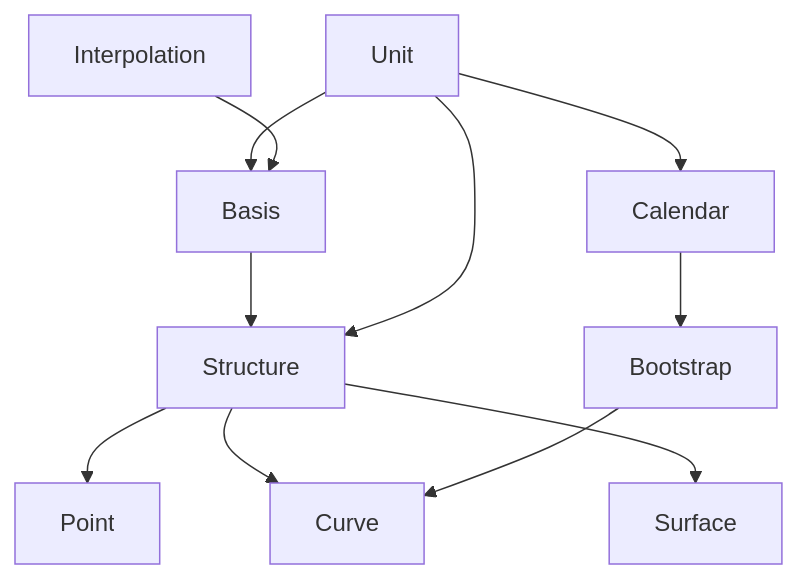
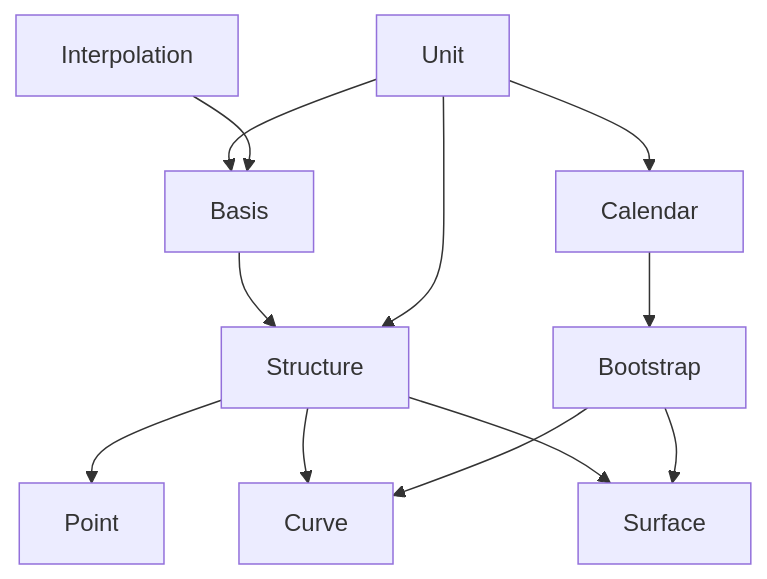
The diagram in README.md (tristanvandevelde/finstruct), drawn with Mermaid before and after one commit.

````diff
--- a/README.md
+++ b/README.md
@@ -32,13 +32,14 @@
 ```mermaid
 graph TD;
     Unit-->Basis;
     Interpolation-->Basis;
     Unit-->Calendar;
     Basis-->Structure;
     Unit-->Structure;
     Structure-->Point;
     Structure-->Curve;
     Structure-->Surface;
     Calendar-->Bootstrap;
     Bootstrap-->Curve;
+    Bootstrap-->Surface;
 ```
````
